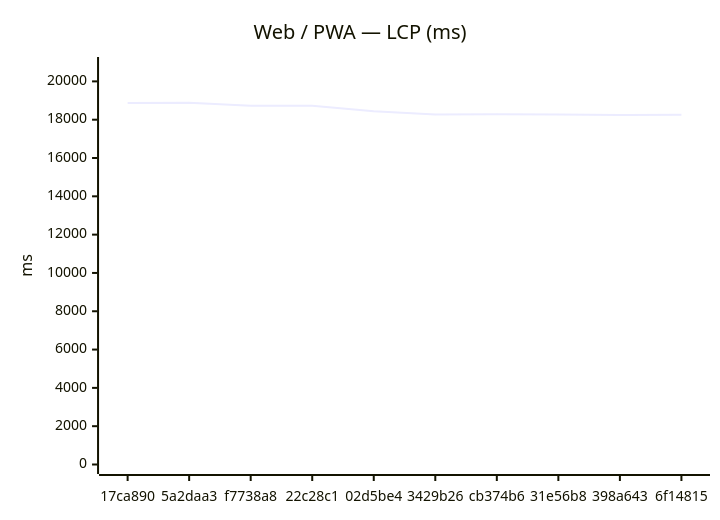
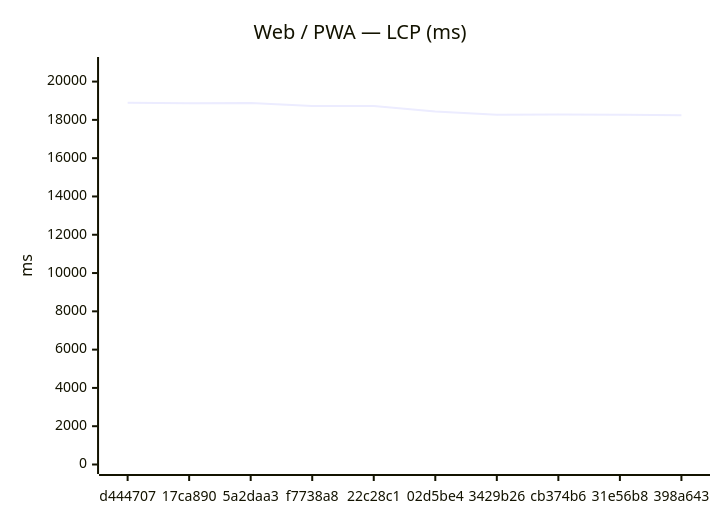
One commit to Metaheurist/Rianell changed the first of 18 diagrams in benchmarks/compare.md. Above: the diagram before and after it, drawn with Mermaid. The commit also changed other lines of this file and 11 other files, not shown here.

````diff
--- a/benchmarks/compare.md
+++ b/benchmarks/compare.md
@@ -24,7 +24,7 @@
 ```mermaid
 xychart-beta
     title "Web / PWA — LCP (ms)"
-    x-axis ["17ca890", "5a2daa3", "f7738a8", "22c28c1", "02d5be4", "3429b26", "cb374b6", "31e56b8", "398a643", "6f14815"]
-    y-axis "ms" 0 --> 20777
-    line [18874, 18888, 18728, 18722, 18436, 18270, 18278, 18267, 18242, 18254]
+    x-axis ["d444707", "17ca890", "5a2daa3", "f7738a8", "22c28c1", "02d5be4", "3429b26", "cb374b6", "31e56b8", "398a643"]
+    y-axis "ms" 0 --> 20788
+    line [18898, 18874, 18888, 18728, 18722, 18436, 18270, 18278, 18267, 18242]
 ```
````
